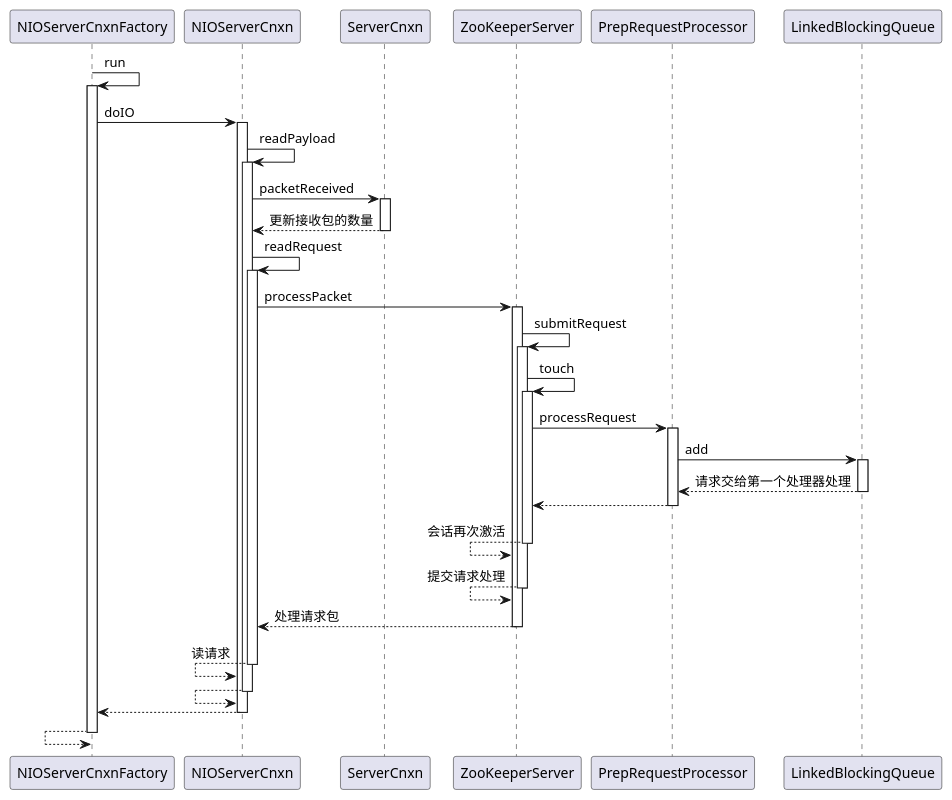
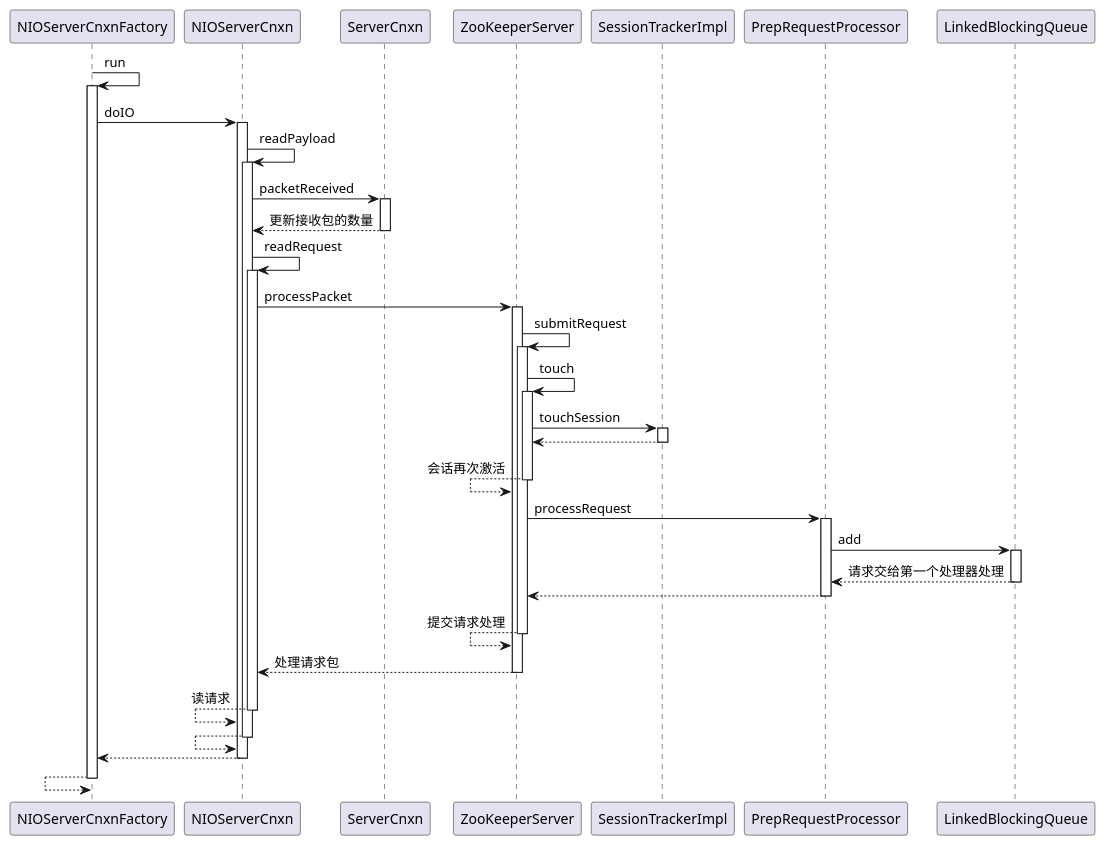
The diagram in source/zookeeper-3.4.12/src/java/main/PrepRequestProcessor.puml (litter-fish/ReadSource), drawn with PlantUML before and after one commit. The commit also changed 15 other files, not shown here.

```diff
--- a/source/zookeeper-3.4.12/src/java/main/PrepRequestProcessor.puml
+++ b/source/zookeeper-3.4.12/src/java/main/PrepRequestProcessor.puml
@@ -1,47 +1,52 @@
 @startuml
 
 NIOServerCnxnFactory->NIOServerCnxnFactory:run
 activate NIOServerCnxnFactory
 
     NIOServerCnxnFactory->NIOServerCnxn:doIO
     activate NIOServerCnxn
         NIOServerCnxn->NIOServerCnxn:readPayload
         activate NIOServerCnxn
             NIOServerCnxn->ServerCnxn:packetReceived
             activate ServerCnxn
             NIOServerCnxn<--ServerCnxn:更新接收包的数量
             deactivate ServerCnxn
             NIOServerCnxn->NIOServerCnxn:readRequest
             activate NIOServerCnxn
                 NIOServerCnxn->ZooKeeperServer:processPacket
                 activate ZooKeeperServer
                     ZooKeeperServer->ZooKeeperServer:submitRequest
                     activate ZooKeeperServer
                         ZooKeeperServer->ZooKeeperServer:touch
                         activate ZooKeeperServer
-                            ZooKeeperServer->PrepRequestProcessor:processRequest
-                            activate PrepRequestProcessor
-                                PrepRequestProcessor->LinkedBlockingQueue:add
-                                activate LinkedBlockingQueue
-                                PrepRequestProcessor<--LinkedBlockingQueue:请求交给第一个处理器处理
-                                deactivate LinkedBlockingQueue
-                            ZooKeeperServer<--PrepRequestProcessor:
-                            deactivate PrepRequestProcessor
+                            ZooKeeperServer->SessionTrackerImpl:touchSession
+                            activate SessionTrackerImpl
+                            ZooKeeperServer<--SessionTrackerImpl:
+                            deactivate SessionTrackerImpl
                         ZooKeeperServer<--ZooKeeperServer:会话再次激活
                         deactivate ZooKeeperServer
+
+                        ZooKeeperServer->PrepRequestProcessor:processRequest
+                        activate PrepRequestProcessor
+                            PrepRequestProcessor->LinkedBlockingQueue:add
+                            activate LinkedBlockingQueue
+                            PrepRequestProcessor<--LinkedBlockingQueue:请求交给第一个处理器处理
+                            deactivate LinkedBlockingQueue
+                        ZooKeeperServer<--PrepRequestProcessor:
+                        deactivate PrepRequestProcessor
                     ZooKeeperServer<--ZooKeeperServer:提交请求处理
                     deactivate ZooKeeperServer
                 NIOServerCnxn<--ZooKeeperServer:处理请求包
                 deactivate ZooKeeperServer
             NIOServerCnxn<--NIOServerCnxn:读请求
             deactivate NIOServerCnxn
         NIOServerCnxn<--NIOServerCnxn:
         deactivate NIOServerCnxn
     NIOServerCnxnFactory<--NIOServerCnxn:
     deactivate NIOServerCnxn
 
 
 NIOServerCnxnFactory<--NIOServerCnxnFactory:
 deactivate NIOServerCnxnFactory
 
 @enduml
```
